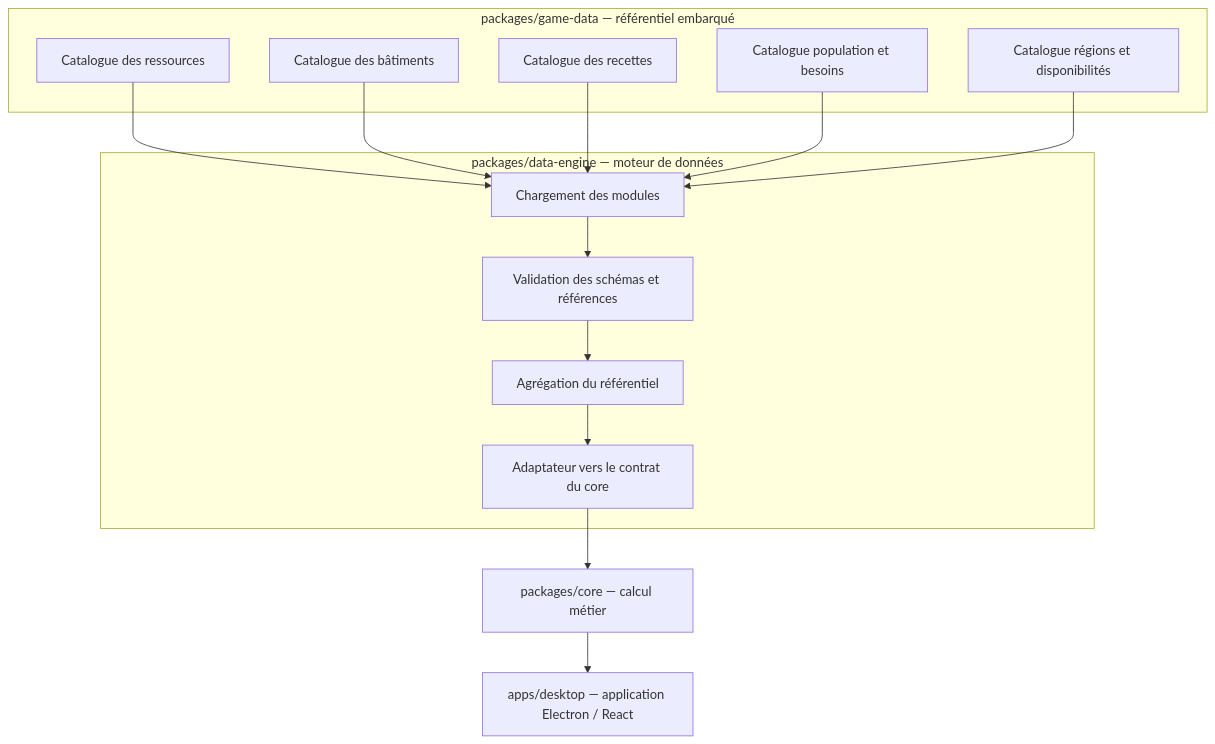
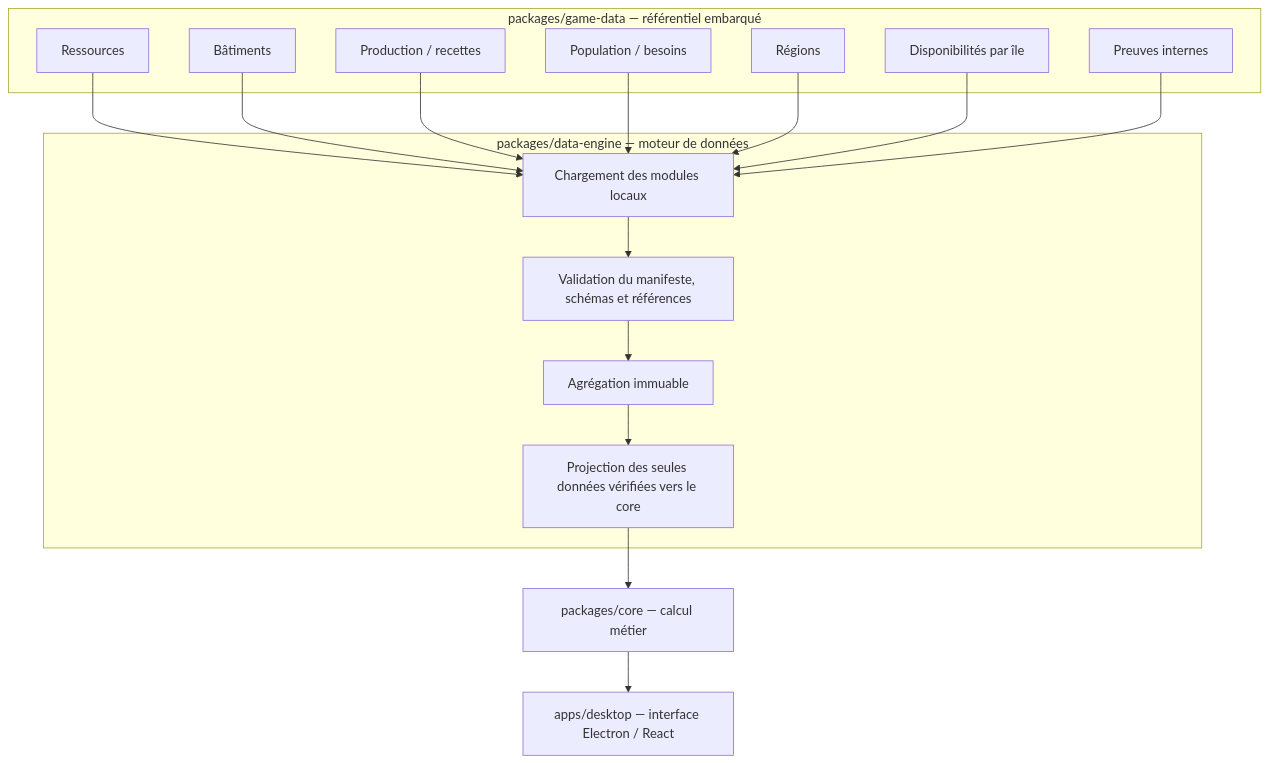
The diagram in docs/20-technique/architecture-donnees.md (Claude-Ca/anno117-planner), drawn with Mermaid before and after one commit. The commit also changed other lines of this file, not shown here.

Commit message:
docs(architecture): reflect modular data engine implementation

````diff
--- a/docs/20-technique/architecture-donnees.md
+++ b/docs/20-technique/architecture-donnees.md
@@ -13,29 +12,30 @@
 ```mermaid
 flowchart TB
   subgraph GD["packages/game-data — référentiel embarqué"]
-    R["Catalogue des ressources"]
-    B["Catalogue des bâtiments"]
-    P["Catalogue des recettes"]
-    H["Catalogue population et besoins"]
-    G["Catalogue régions et disponibilités"]
+    R["Ressources"]
+    B["Bâtiments"]
+    P["Production / recettes"]
+    H["Population / besoins"]
+    G["Régions"]
+    I["Disponibilités par île"]
+    E["Preuves internes"]
   end
-
   subgraph DE["packages/data-engine — moteur de données"]
-    L["Chargement des modules"]
-    V["Validation des schémas et références"]
-    A["Agrégation du référentiel"]
-    X["Adaptateur vers le contrat du core"]
+    L["Chargement des modules locaux"]
+    V["Validation du manifeste, schémas et références"]
+    A["Agrégation immuable"]
+    X["Projection des seules données vérifiées vers le core"]
     L --> V --> A --> X
   end
-
   C["packages/core — calcul métier"]
-  APP["apps/desktop — application Electron / React"]
-
+  APP["apps/desktop — interface Electron / React"]
   R --> L
   B --> L
   P --> L
   H --> L
   G --> L
+  I --> L
+  E --> L
   X --> C
   C --> APP
 ```
````
